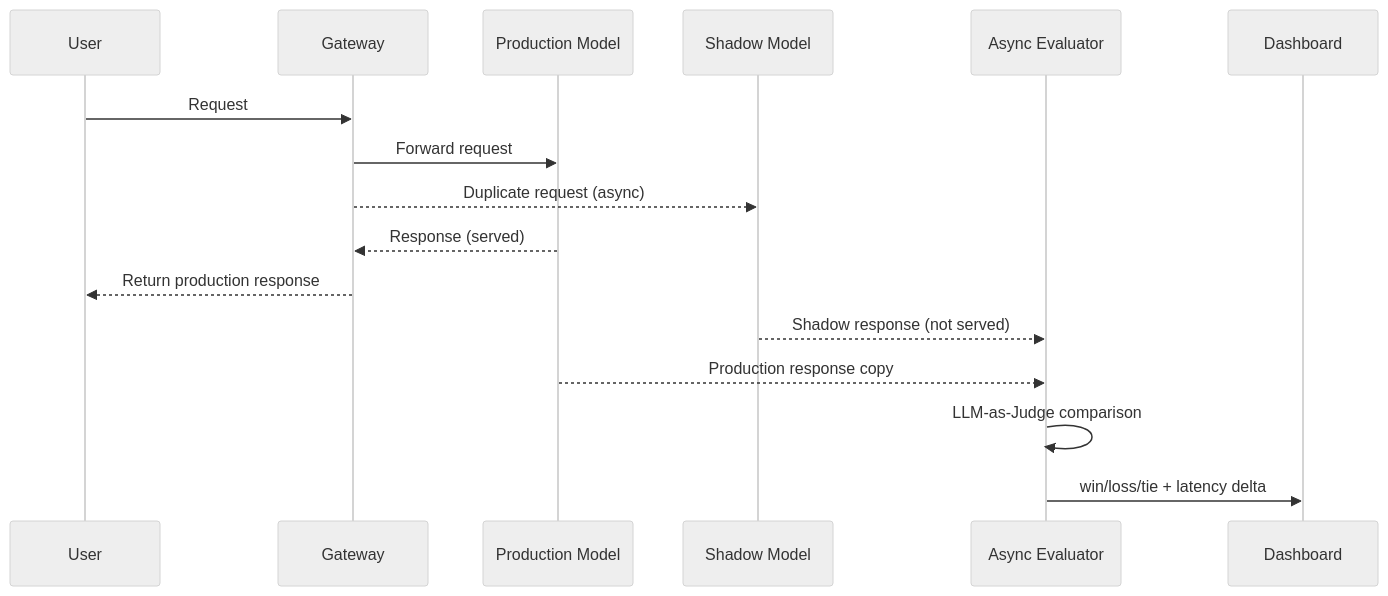
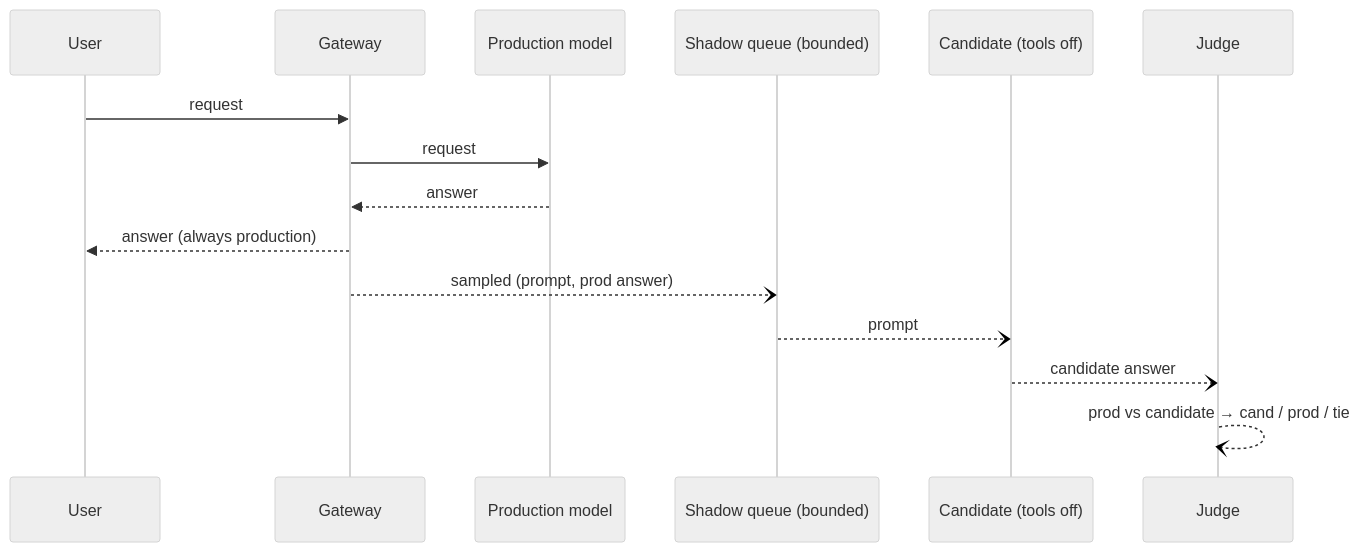
The diagram in content/patterns/observability-and-evaluation/shadow-model-evaluation.md (PrajwalAmte/AI-Engineering-Patterns), drawn with Mermaid (neutral theme) before and after one commit. The commit also changed other lines of this file and 190 other files, not shown here.

```diff
--- a/content/patterns/observability-and-evaluation/shadow-model-evaluation.md
+++ b/content/patterns/observability-and-evaluation/shadow-model-evaluation.md
@@ -35,19 +33,17 @@
 <pre class="mermaid">
 sequenceDiagram
-    participant User
-    participant Gateway
-    participant Production as Production Model
-    participant Shadow as Shadow Model
-    participant Evaluator as Async Evaluator
-    participant Dashboard
-
-    User->>Gateway: Request
-    Gateway->>Production: Forward request
-    Gateway-->>Shadow: Duplicate request (async)
-    Production-->>Gateway: Response (served)
-    Gateway-->>User: Return production response
-    Shadow-->>Evaluator: Shadow response (not served)
-    Production-->>Evaluator: Production response copy
-    Evaluator->>Evaluator: LLM-as-Judge comparison
-    Evaluator->>Dashboard: win/loss/tie + latency delta
+    participant U as User
+    participant G as Gateway
+    participant P as Production model
+    participant Q as Shadow queue (bounded)
+    participant C as Candidate (tools off)
+    participant J as Judge
+    U->>G: request
+    G->>P: request
+    P-->>G: answer
+    G-->>U: answer (always production)
+    G--)Q: sampled (prompt, prod answer)
+    Q--)C: prompt
+    C--)J: candidate answer
+    J--)J: prod vs candidate → cand / prod / tie
 </pre>
```
